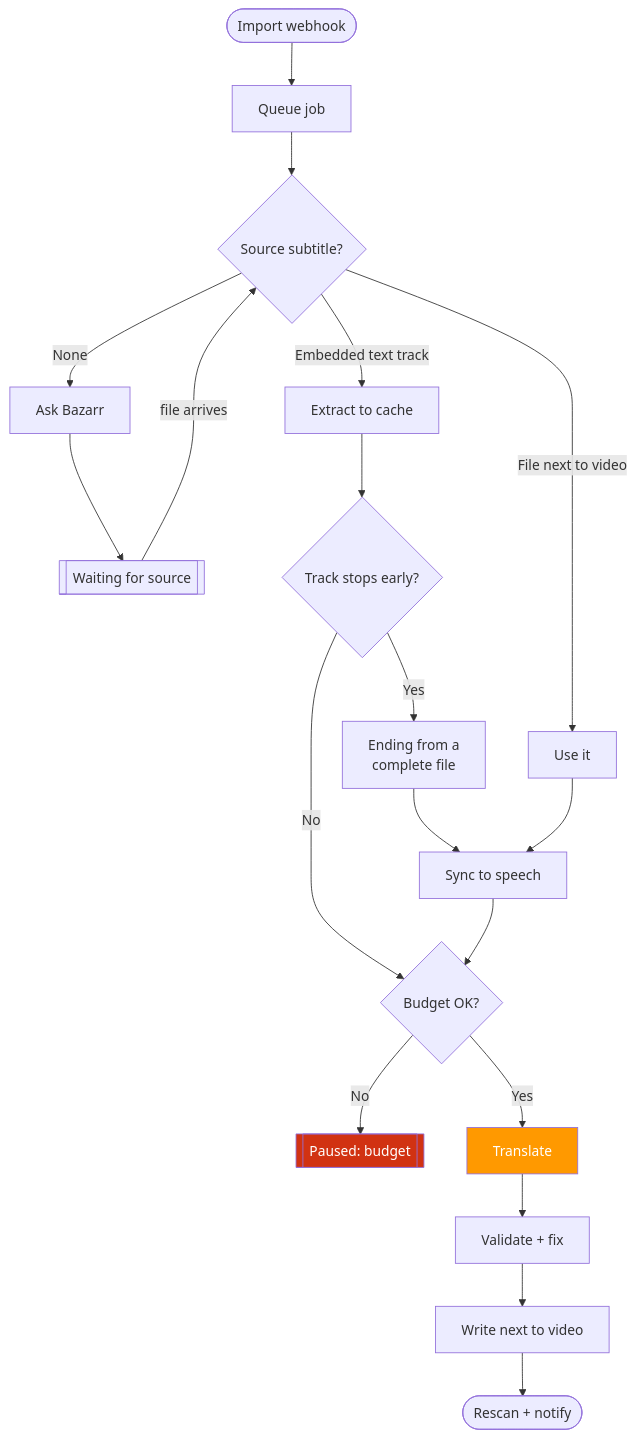
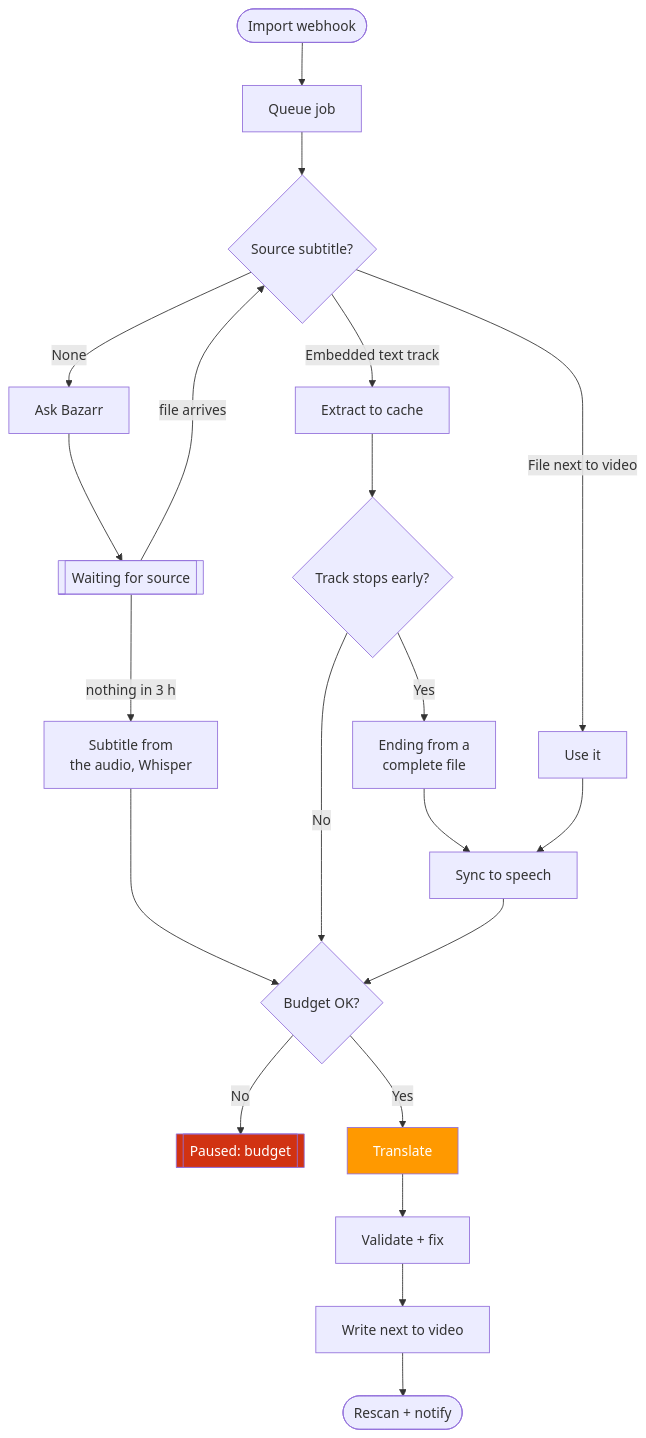
The second of 9 diagrams in docs/architecture.md (captionizerr/captionizerr), drawn with Mermaid before and after one commit. The commit also changed other lines of this file and 7 other files, not shown here.

````diff
--- a/docs/architecture.md
+++ b/docs/architecture.md
@@ -59,24 +59,26 @@
 ```mermaid
 flowchart TD
     A([Import webhook]) --> B[Queue job]
     B --> C{Source subtitle?}
     C -->|Embedded text track| E[Extract to cache]
     C -->|File next to video| F[Use it]
     C -->|None| G[Ask Bazarr]
     G --> H[[Waiting for source]]
     H -->|file arrives| C
+    H -->|nothing in 3 h| T[Subtitle from<br/>the audio, Whisper]
+    T --> I
     E --> X{Track stops early?}
     X -->|No| I{Budget OK?}
     X -->|Yes| Y[Ending from a<br/>complete file]
     Y --> S[Sync to speech]
     F --> S
     S --> I
     I -->|No| J[[Paused: budget]]
     I -->|Yes| K[Translate]
     K --> L[Validate + fix]
     L --> M[Write next to video]
     M --> N([Rescan + notify])
 
     style K fill:#FF9900,color:#fff
     style J fill:#D13212,color:#fff
 ```
````
